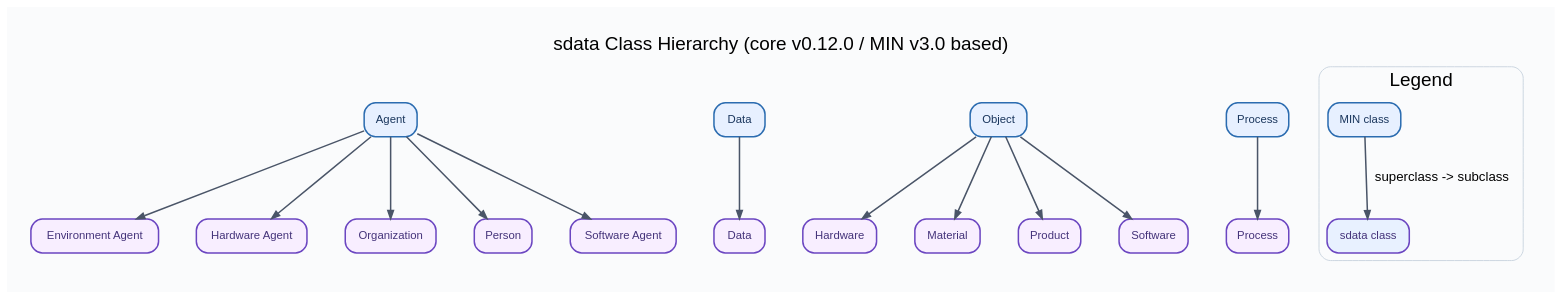
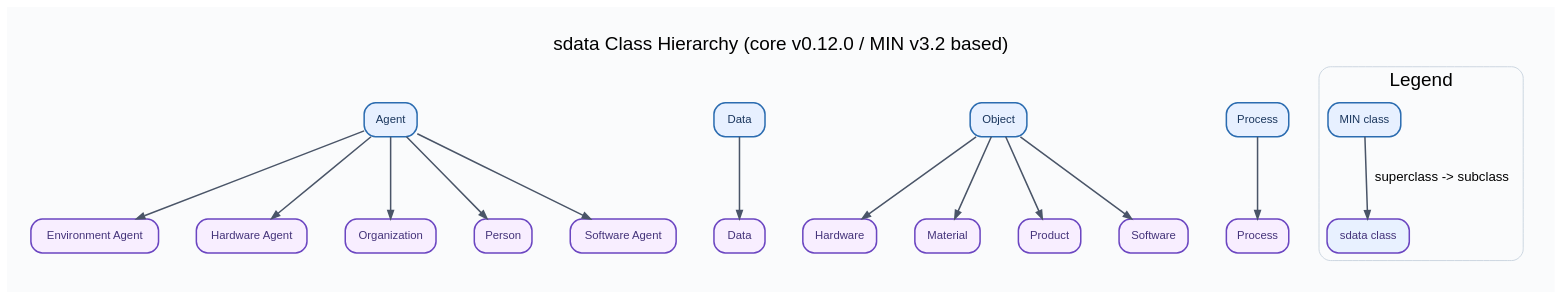
The diagram in docs/diagrams/sdata-class-hierarchy.dot (lepy/sdata-ontology), drawn with Graphviz before and after one commit. The commit also changed 30 other files, not shown here.

```diff
--- a/docs/diagrams/sdata-class-hierarchy.dot
+++ b/docs/diagrams/sdata-class-hierarchy.dot
@@ -1,119 +1,119 @@
 digraph "" {
 	graph [bgcolor="#FAFBFC",
 		fontname=Helvetica,
 		fontsize=20,
-		label="sdata Class Hierarchy (core v0.12.0 / MIN v3.0 based)",
+		label="sdata Class Hierarchy (core v0.12.0 / MIN v3.2 based)",
 		labeljust=c,
 		labelloc=t,
 		nodesep=0.55,
 		overlap=false,
 		pad=0.35,
 		rankdir=TB,
 		ranksep=1.0,
 		splines=true
 	];
 	node [fontname=Helvetica,
 		fontsize=12,
 		label="\N",
 		margin="0.14,0.08",
 		penwidth=1.6,
 		shape=box,
 		style="filled,rounded"
 	];
 	edge [arrowsize=0.85,
 		color="#4A5568",
 		fontname=Helvetica,
 		penwidth=1.6
 	];
 	subgraph min_rank {
 		graph [rank=same,
 			style=invis
 		];
 		"https://w3id.org/min#Agent"	[color="#2B6CB0",
 			fillcolor="#E7F0FF",
 			fontcolor="#1A365D",
 			label=Agent];
 		"https://w3id.org/min#Data"	[color="#2B6CB0",
 			fillcolor="#E7F0FF",
 			fontcolor="#1A365D",
 			label=Data];
 		"https://w3id.org/min#Object"	[color="#2B6CB0",
 			fillcolor="#E7F0FF",
 			fontcolor="#1A365D",
 			label=Object];
 		"https://w3id.org/min#Process"	[color="#2B6CB0",
 			fillcolor="#E7F0FF",
 			fontcolor="#1A365D",
 			label=Process];
 	}
 	subgraph cluster_legend {
 		graph [color="#CBD5E0",
 			label=Legend,
 			style=rounded
 		];
 		legend_min	[color="#2B6CB0",
 			fillcolor="#E7F0FF",
 			fontcolor="#1A365D",
 			label="MIN class"];
 		legend_sdata	[color="#6B46C1",
 			fillcolor="#E8F1FF",
 			fontcolor="#44337A",
 			label="sdata class"];
 		legend_min -> legend_sdata	[label="superclass -> subclass"];
 	}
 	"https://w3id.org/sdata/core/EnvironmentAgent"	[color="#6B46C1",
 		fillcolor="#F8EEFF",
 		fontcolor="#44337A",
 		label="Environment Agent"];
 	"https://w3id.org/min#Agent" -> "https://w3id.org/sdata/core/EnvironmentAgent";
 	"https://w3id.org/sdata/core/HardwareAgent"	[color="#6B46C1",
 		fillcolor="#F8EEFF",
 		fontcolor="#44337A",
 		label="Hardware Agent"];
 	"https://w3id.org/min#Agent" -> "https://w3id.org/sdata/core/HardwareAgent";
 	"https://w3id.org/sdata/core/Organization"	[color="#6B46C1",
 		fillcolor="#F8EEFF",
 		fontcolor="#44337A",
 		label=Organization];
 	"https://w3id.org/min#Agent" -> "https://w3id.org/sdata/core/Organization";
 	"https://w3id.org/sdata/core/Person"	[color="#6B46C1",
 		fillcolor="#F8EEFF",
 		fontcolor="#44337A",
 		label=Person];
 	"https://w3id.org/min#Agent" -> "https://w3id.org/sdata/core/Person";
 	"https://w3id.org/sdata/core/SoftwareAgent"	[color="#6B46C1",
 		fillcolor="#F8EEFF",
 		fontcolor="#44337A",
 		label="Software Agent"];
 	"https://w3id.org/min#Agent" -> "https://w3id.org/sdata/core/SoftwareAgent";
 	"https://w3id.org/sdata/core/Data"	[color="#6B46C1",
 		fillcolor="#F8EEFF",
 		fontcolor="#44337A",
 		label=Data];
 	"https://w3id.org/min#Data" -> "https://w3id.org/sdata/core/Data";
 	"https://w3id.org/sdata/core/Hardware"	[color="#6B46C1",
 		fillcolor="#F8EEFF",
 		fontcolor="#44337A",
 		label=Hardware];
 	"https://w3id.org/min#Object" -> "https://w3id.org/sdata/core/Hardware";
 	"https://w3id.org/sdata/core/Material"	[color="#6B46C1",
 		fillcolor="#F8EEFF",
 		fontcolor="#44337A",
 		label=Material];
 	"https://w3id.org/min#Object" -> "https://w3id.org/sdata/core/Material";
 	"https://w3id.org/sdata/core/Product"	[color="#6B46C1",
 		fillcolor="#F8EEFF",
 		fontcolor="#44337A",
 		label=Product];
 	"https://w3id.org/min#Object" -> "https://w3id.org/sdata/core/Product";
 	"https://w3id.org/sdata/core/Software"	[color="#6B46C1",
 		fillcolor="#F8EEFF",
 		fontcolor="#44337A",
 		label=Software];
 	"https://w3id.org/min#Object" -> "https://w3id.org/sdata/core/Software";
 	"https://w3id.org/sdata/core/Process"	[color="#6B46C1",
 		fillcolor="#F8EEFF",
 		fontcolor="#44337A",
 		label=Process];
 	"https://w3id.org/min#Process" -> "https://w3id.org/sdata/core/Process";
 }
```
